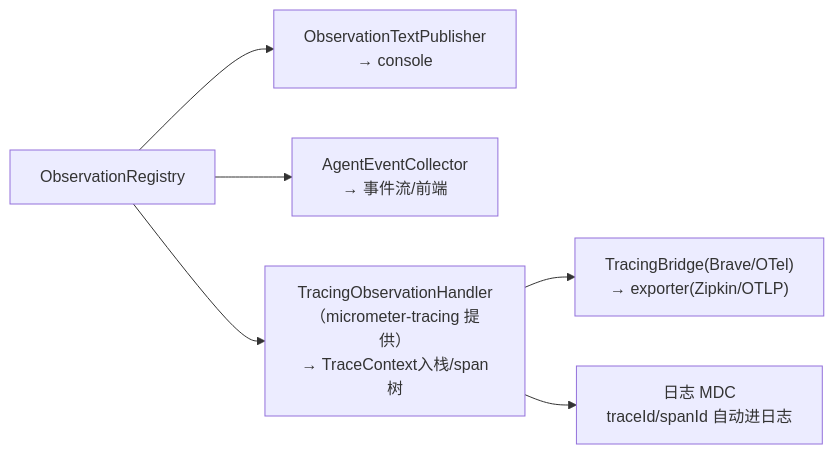
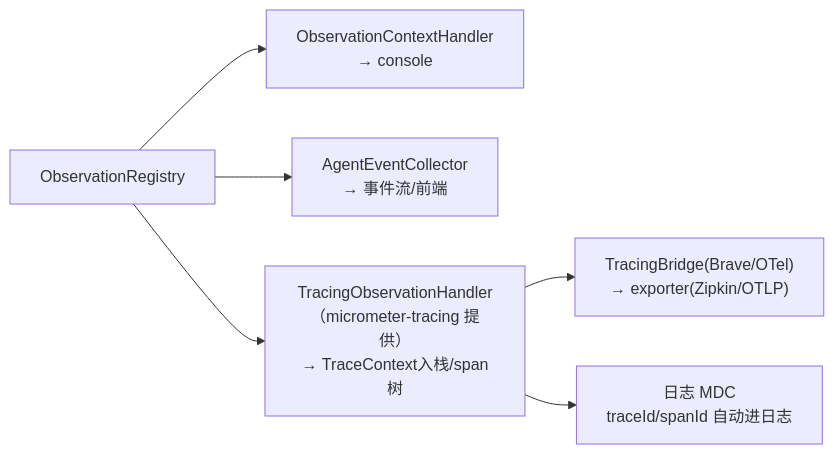
The first of 2 diagrams in docs/教程/05-Observation可观测/06-Trace链路：traceId贯穿HTTP、LLM、工具与日志.md (UranusGit/java-agent-learn), drawn with Mermaid before and after one commit. The commit also changed other lines of this file and 12 other files, not shown here.

````diff
--- a/docs/教程/05-Observation可观测/06-Trace链路：traceId贯穿HTTP、LLM、工具与日志.md
+++ b/docs/教程/05-Observation可观测/06-Trace链路：traceId贯穿HTTP、LLM、工具与日志.md
@@ -11,8 +11,8 @@
 ```mermaid
 graph LR
-    R["ObservationRegistry"] --> H1["ObservationTextPublisher<br/>→ console"]
+    R["ObservationRegistry"] --> H1["ObservationContextHandler<br/>→ console"]
     R --> H2["AgentEventCollector<br/>→ 事件流/前端"]
     R --> H3["TracingObservationHandler<br/>（micrometer-tracing 提供）<br/>→ TraceContext入栈/span树"]
     H3 --> BR["TracingBridge(Brave/OTel)<br/>→ exporter(Zipkin/OTLP)"]
     H3 --> MDC["日志 MDC<br/>traceId/spanId 自动进日志"]
 ```
````
